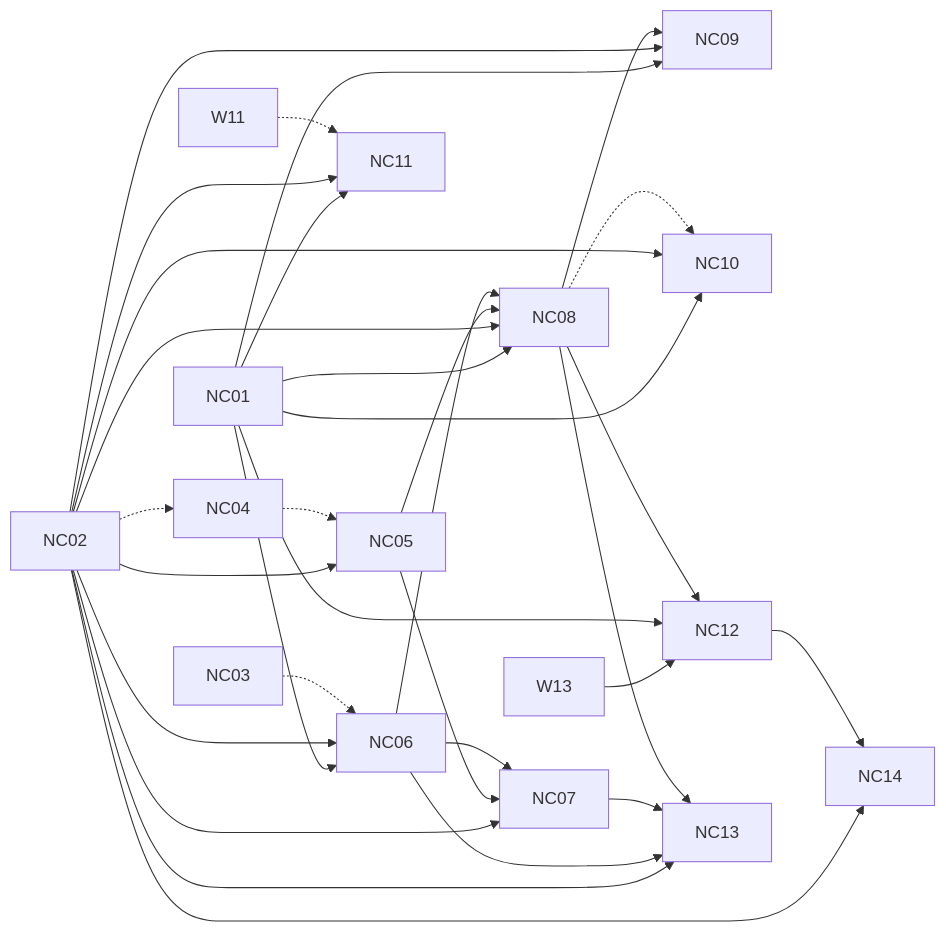
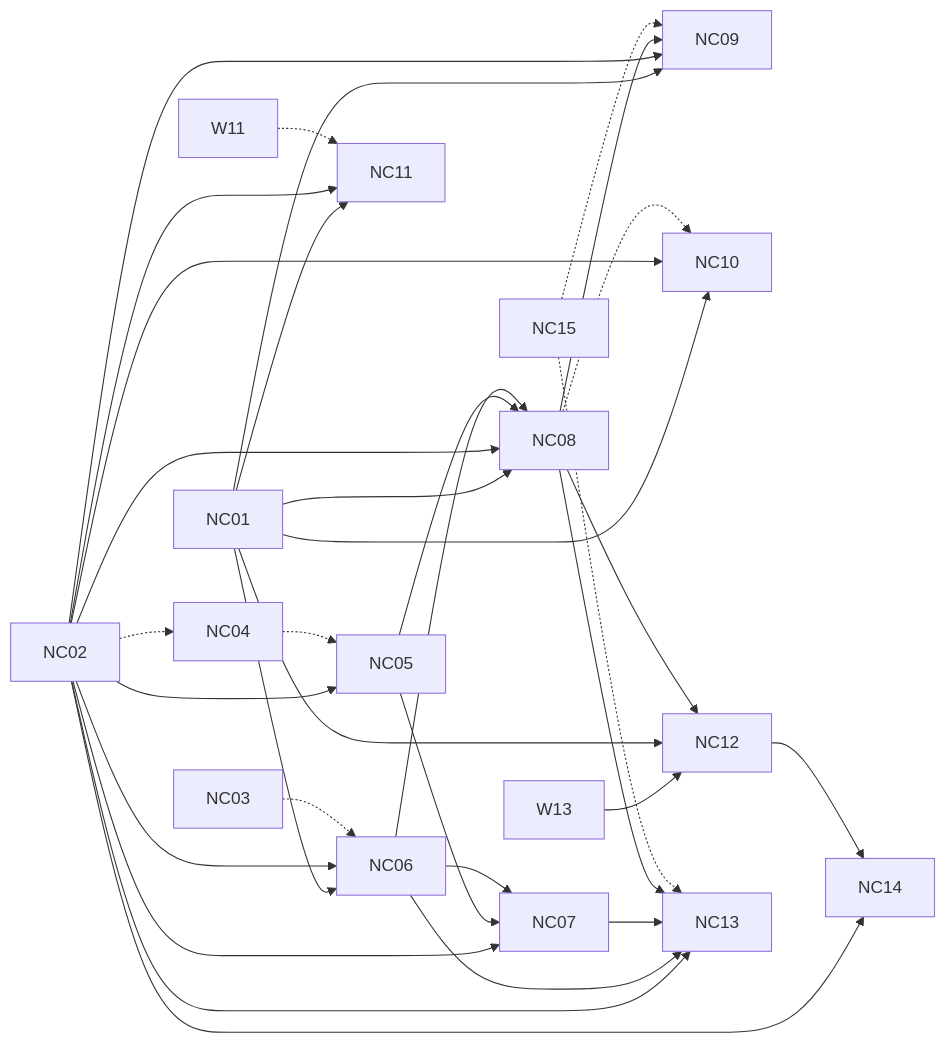
One commit to tatsuya-midorikawa/Tsuzuri changed the eighth of 8 diagrams in _features/README.md. Above: the diagram before and after it, drawn with Mermaid. The commit also changed other lines of this file and 6 other files, not shown here.

````diff
--- a/_features/README.md
+++ b/_features/README.md
@@ -1082,34 +1084,36 @@
 ```mermaid
 graph LR
   NC02 -.-> NC04
   NC02 --> NC05
   NC04 -.-> NC05
   NC01 --> NC06
   NC02 --> NC06
   NC03 -.-> NC06
   NC02 --> NC07
   NC05 --> NC07
   NC06 --> NC07
   NC01 --> NC08
   NC02 --> NC08
   NC05 --> NC08
   NC06 --> NC08
   NC01 --> NC09
   NC02 --> NC09
   NC08 --> NC09
+  NC15 -.-> NC09
   NC01 --> NC10
   NC02 --> NC10
   NC08 -.-> NC10
   NC01 --> NC11
   NC02 --> NC11
   W11 -.-> NC11
   W13 --> NC12
   NC01 --> NC12
   NC08 --> NC12
   NC02 --> NC13
   NC06 --> NC13
   NC07 --> NC13
   NC08 --> NC13
+  NC15 -.-> NC13
   NC02 --> NC14
   NC12 --> NC14
 ```
````
